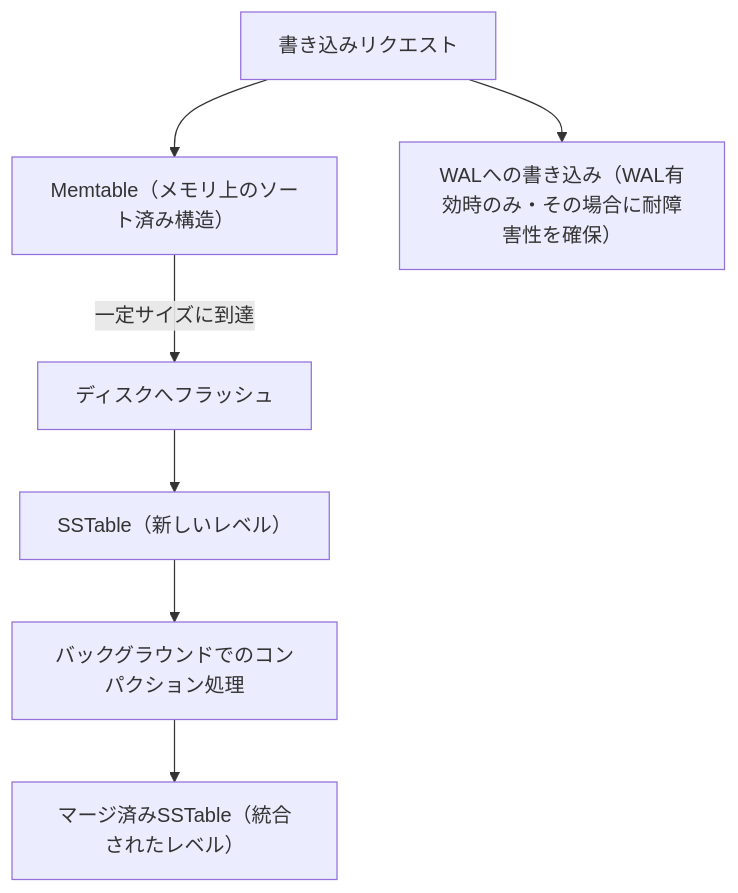
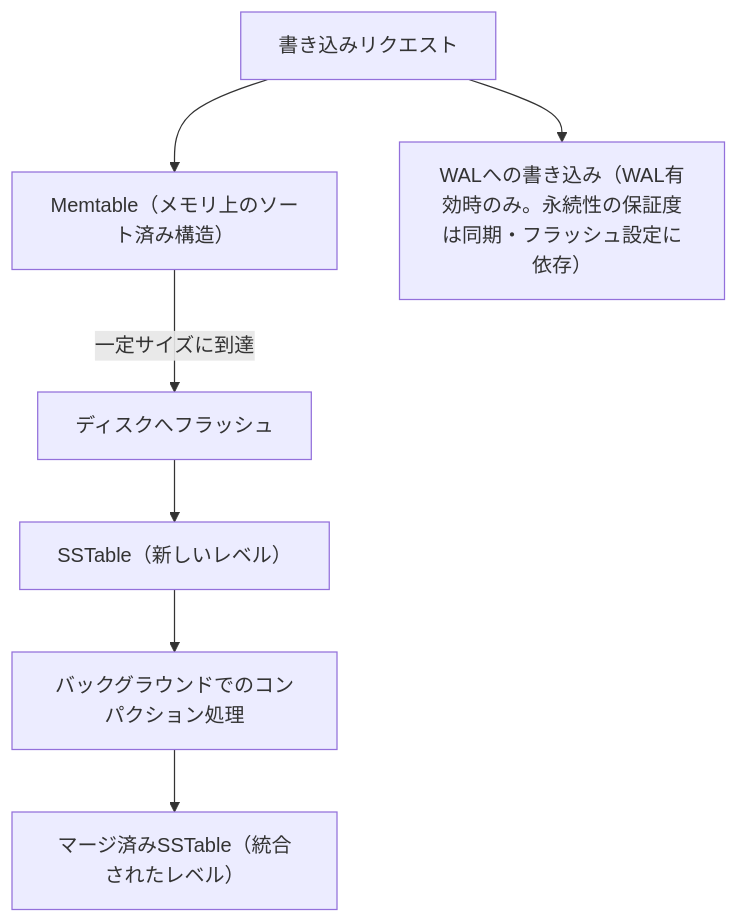
Before and after one commit to myoshi2891/Software-Design-and-Architecture: the eighth of 15 diagrams in Database-internals-guide.md, drawn with Mermaid. The commit also changed other lines of this file, not shown here.

Commit message:
docs(database-internals): MVCCを悲観的・楽観的制御と組み合わせる手法として図示し、WALの永続性が同期設定に依存する点を追記

````diff
--- a/Database-internals-guide.md
+++ b/Database-internals-guide.md
@@ -280,9 +281,9 @@
 ```mermaid
 flowchart TB
     Write["書き込みリクエスト"] --> Memtable["Memtable（メモリ上のソート済み構造）"]
-    Write --> WALog["WALへの書き込み（WAL有効時のみ・その場合に耐障害性を確保）"]
+    Write --> WALog["WALへの書き込み（WAL有効時のみ。永続性の保証度は同期・フラッシュ設定に依存）"]
     Memtable -- 一定サイズに到達 --> Flush["ディスクへフラッシュ"]
     Flush --> SSTable0["SSTable（新しいレベル）"]
     SSTable0 --> Compaction["バックグラウンドでのコンパクション処理"]
     Compaction --> SSTable1["マージ済みSSTable（統合されたレベル）"]
 ```
````
